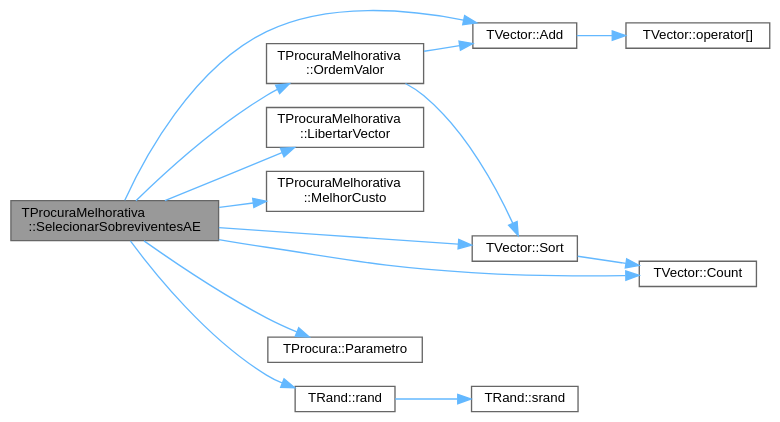
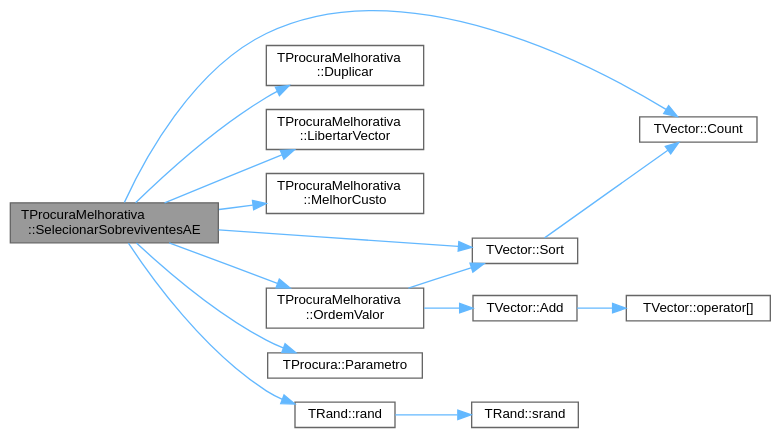
The diagram in classTProcuraMelhorativa_a083b961ed7ed1483625559d068755a7f_cgraph.dot (jcoelho72/TProcura), drawn with Graphviz before and after one commit. The commit also changed 145 other files, not shown here.

```diff
--- a/classTProcuraMelhorativa_a083b961ed7ed1483625559d068755a7f_cgraph.dot
+++ b/classTProcuraMelhorativa_a083b961ed7ed1483625559d068755a7f_cgraph.dot
@@ -1,32 +1,33 @@
 digraph "TProcuraMelhorativa::SelecionarSobreviventesAE"
 {
  // LATEX_PDF_SIZE
   bgcolor="transparent";
   edge [fontname=Helvetica,fontsize=10,labelfontname=Helvetica,labelfontsize=10];
   node [fontname=Helvetica,fontsize=10,shape=box,height=0.2,width=0.4];
   rankdir="LR";
   Node1 [id="Node000001",label="TProcuraMelhorativa\l::SelecionarSobreviventesAE",height=0.2,width=0.4,color="gray40", fillcolor="grey60", style="filled", fontcolor="black",tooltip=" "];
   Node1 -> Node2 [id="edge14_Node000001_Node000002",color="steelblue1",style="solid",tooltip=" "];
-  Node2 [id="Node000002",label="TVector::Add",height=0.2,width=0.4,color="grey40", fillcolor="white", style="filled",URL="$classTVector.html#aa28afdd47b27c5e004fc75b86d6f66a6",tooltip=" "];
-  Node2 -> Node3 [id="edge15_Node000002_Node000003",color="steelblue1",style="solid",tooltip=" "];
-  Node3 [id="Node000003",label="TVector::operator[]",height=0.2,width=0.4,color="grey40", fillcolor="white", style="filled",URL="$classTVector.html#a372a42fd7c4a94fee43db36d6a339b33",tooltip="Acesso por índice com auto-expansão."];
+  Node2 [id="Node000002",label="TVector::Count",height=0.2,width=0.4,color="grey40", fillcolor="white", style="filled",URL="$classTVector.html#ac3c744d84543ca6e32859eb7dfccfeef",tooltip=" "];
+  Node1 -> Node3 [id="edge15_Node000001_Node000003",color="steelblue1",style="solid",tooltip=" "];
+  Node3 [id="Node000003",label="TProcuraMelhorativa\l::Duplicar",height=0.2,width=0.4,color="grey40", fillcolor="white", style="filled",URL="$classTProcuraMelhorativa.html#af38c70a1e83290851c52a2cc85e19582",tooltip="Cria um objecto que é uma cópia deste."];
   Node1 -> Node4 [id="edge16_Node000001_Node000004",color="steelblue1",style="solid",tooltip=" "];
-  Node4 [id="Node000004",label="TVector::Count",height=0.2,width=0.4,color="grey40", fillcolor="white", style="filled",URL="$classTVector.html#ac3c744d84543ca6e32859eb7dfccfeef",tooltip=" "];
+  Node4 [id="Node000004",label="TProcuraMelhorativa\l::LibertarVector",height=0.2,width=0.4,color="grey40", fillcolor="white", style="filled",URL="$classTProcuraMelhorativa.html#a28993c2953d882b21f3c456e5d1b7e47",tooltip=" "];
   Node1 -> Node5 [id="edge17_Node000001_Node000005",color="steelblue1",style="solid",tooltip=" "];
-  Node5 [id="Node000005",label="TProcuraMelhorativa\l::LibertarVector",height=0.2,width=0.4,color="grey40", fillcolor="white", style="filled",URL="$classTProcuraMelhorativa.html#a28993c2953d882b21f3c456e5d1b7e47",tooltip=" "];
+  Node5 [id="Node000005",label="TProcuraMelhorativa\l::MelhorCusto",height=0.2,width=0.4,color="grey40", fillcolor="white", style="filled",URL="$classTProcuraMelhorativa.html#a9a99d8084b1549c81053c76b384c79ee",tooltip=" "];
   Node1 -> Node6 [id="edge18_Node000001_Node000006",color="steelblue1",style="solid",tooltip=" "];
-  Node6 [id="Node000006",label="TProcuraMelhorativa\l::MelhorCusto",height=0.2,width=0.4,color="grey40", fillcolor="white", style="filled",URL="$classTProcuraMelhorativa.html#a9a99d8084b1549c81053c76b384c79ee",tooltip=" "];
-  Node1 -> Node7 [id="edge19_Node000001_Node000007",color="steelblue1",style="solid",tooltip=" "];
-  Node7 [id="Node000007",label="TProcuraMelhorativa\l::OrdemValor",height=0.2,width=0.4,color="grey40", fillcolor="white", style="filled",URL="$classTProcuraMelhorativa.html#aec9c9187221f37a37f71bee878a577ae",tooltip=" "];
-  Node7 -> Node2 [id="edge20_Node000007_Node000002",color="steelblue1",style="solid",tooltip=" "];
-  Node7 -> Node8 [id="edge21_Node000007_Node000008",color="steelblue1",style="solid",tooltip=" "];
-  Node8 [id="Node000008",label="TVector::Sort",height=0.2,width=0.4,color="grey40", fillcolor="white", style="filled",URL="$classTVector.html#a6006a477a6794ac80c97cc35c8925699",tooltip="Ordena todo o vetor, opcionalmente devolvendo índices ordenados."];
-  Node8 -> Node4 [id="edge22_Node000008_Node000004",color="steelblue1",style="solid",tooltip=" "];
-  Node1 -> Node9 [id="edge23_Node000001_Node000009",color="steelblue1",style="solid",tooltip=" "];
-  Node9 [id="Node000009",label="TProcura::Parametro",height=0.2,width=0.4,color="grey40", fillcolor="white", style="filled",URL="$classTProcura.html#a0e9e692f29af8a5d5279a8647c800437",tooltip=" "];
-  Node1 -> Node10 [id="edge24_Node000001_Node000010",color="steelblue1",style="solid",tooltip=" "];
-  Node10 [id="Node000010",label="TRand::rand",height=0.2,width=0.4,color="grey40", fillcolor="white", style="filled",URL="$namespaceTRand.html#a8f8ec155d796c5586198ac75eb966d4f",tooltip="Retorna o próximo valor pseudo-aleatório."];
-  Node10 -> Node11 [id="edge25_Node000010_Node000011",color="steelblue1",style="solid",tooltip=" "];
-  Node11 [id="Node000011",label="TRand::srand",height=0.2,width=0.4,color="grey40", fillcolor="white", style="filled",URL="$namespaceTRand.html#ad0b319d6f58ab6820b001b4e3d3ae245",tooltip="Inicializa a semente da geração pseudo-aleatória."];
-  Node1 -> Node8 [id="edge26_Node000001_Node000008",color="steelblue1",style="solid",tooltip=" "];
+  Node6 [id="Node000006",label="TProcuraMelhorativa\l::OrdemValor",height=0.2,width=0.4,color="grey40", fillcolor="white", style="filled",URL="$classTProcuraMelhorativa.html#aec9c9187221f37a37f71bee878a577ae",tooltip=" "];
+  Node6 -> Node7 [id="edge19_Node000006_Node000007",color="steelblue1",style="solid",tooltip=" "];
+  Node7 [id="Node000007",label="TVector::Add",height=0.2,width=0.4,color="grey40", fillcolor="white", style="filled",URL="$classTVector.html#aa28afdd47b27c5e004fc75b86d6f66a6",tooltip=" "];
+  Node7 -> Node8 [id="edge20_Node000007_Node000008",color="steelblue1",style="solid",tooltip=" "];
+  Node8 [id="Node000008",label="TVector::operator[]",height=0.2,width=0.4,color="grey40", fillcolor="white", style="filled",URL="$classTVector.html#a372a42fd7c4a94fee43db36d6a339b33",tooltip="Acesso por índice com auto-expansão."];
+  Node6 -> Node9 [id="edge21_Node000006_Node000009",color="steelblue1",style="solid",tooltip=" "];
+  Node9 [id="Node000009",label="TVector::Sort",height=0.2,width=0.4,color="grey40", fillcolor="white", style="filled",URL="$classTVector.html#a6006a477a6794ac80c97cc35c8925699",tooltip="Ordena todo o vetor, opcionalmente devolvendo índices ordenados."];
+  Node9 -> Node2 [id="edge22_Node000009_Node000002",color="steelblue1",style="solid",tooltip=" "];
+  Node1 -> Node10 [id="edge23_Node000001_Node000010",color="steelblue1",style="solid",tooltip=" "];
+  Node10 [id="Node000010",label="TProcura::Parametro",height=0.2,width=0.4,color="grey40", fillcolor="white", style="filled",URL="$classTProcura.html#a0e9e692f29af8a5d5279a8647c800437",tooltip=" "];
+  Node1 -> Node11 [id="edge24_Node000001_Node000011",color="steelblue1",style="solid",tooltip=" "];
+  Node11 [id="Node000011",label="TRand::rand",height=0.2,width=0.4,color="grey40", fillcolor="white", style="filled",URL="$namespaceTRand.html#a8f8ec155d796c5586198ac75eb966d4f",tooltip="Retorna o próximo valor pseudo-aleatório."];
+  Node11 -> Node12 [id="edge25_Node000011_Node000012",color="steelblue1",style="solid",tooltip=" "];
+  Node12 [id="Node000012",label="TRand::srand",height=0.2,width=0.4,color="grey40", fillcolor="white", style="filled",URL="$namespaceTRand.html#ad0b319d6f58ab6820b001b4e3d3ae245",tooltip="Inicializa a semente da geração pseudo-aleatória."];
+  Node1 -> Node9 [id="edge26_Node000001_Node000009",color="steelblue1",style="solid",tooltip=" "];
 }
```
